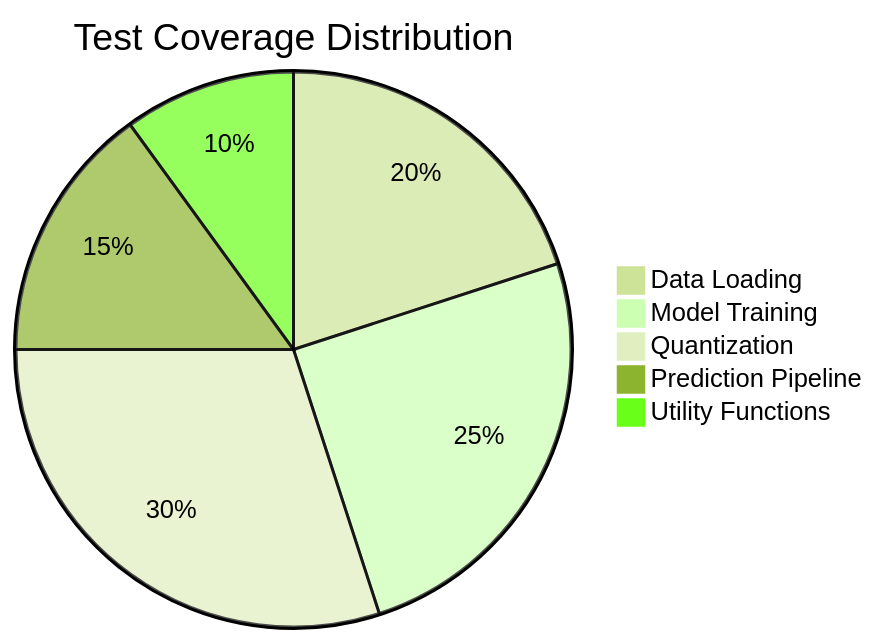
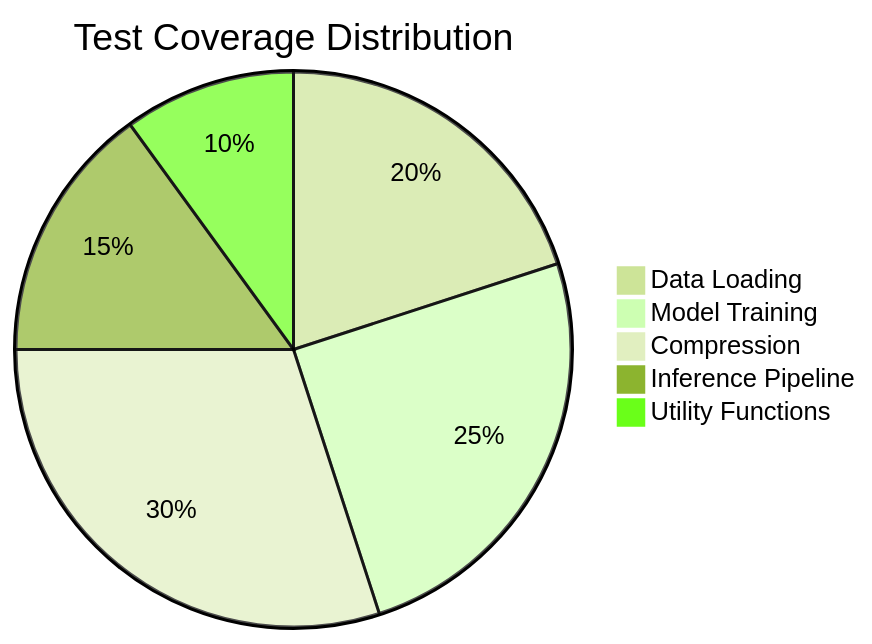
Before and after one commit to cph0r/mlops-major-exam: the third of 7 diagrams in README.md, drawn with Mermaid (forest theme). The commit also changed other lines of this file and 8 other files, not shown here.

````diff
--- a/README.md
+++ b/README.md
@@ -147,8 +148,8 @@
 ```mermaid
 pie title Test Coverage Distribution
     "Data Loading" : 20
     "Model Training" : 25
-    "Quantization" : 30
-    "Prediction Pipeline" : 15
+    "Compression" : 30
+    "Inference Pipeline" : 15
     "Utility Functions" : 10
 ```
````
